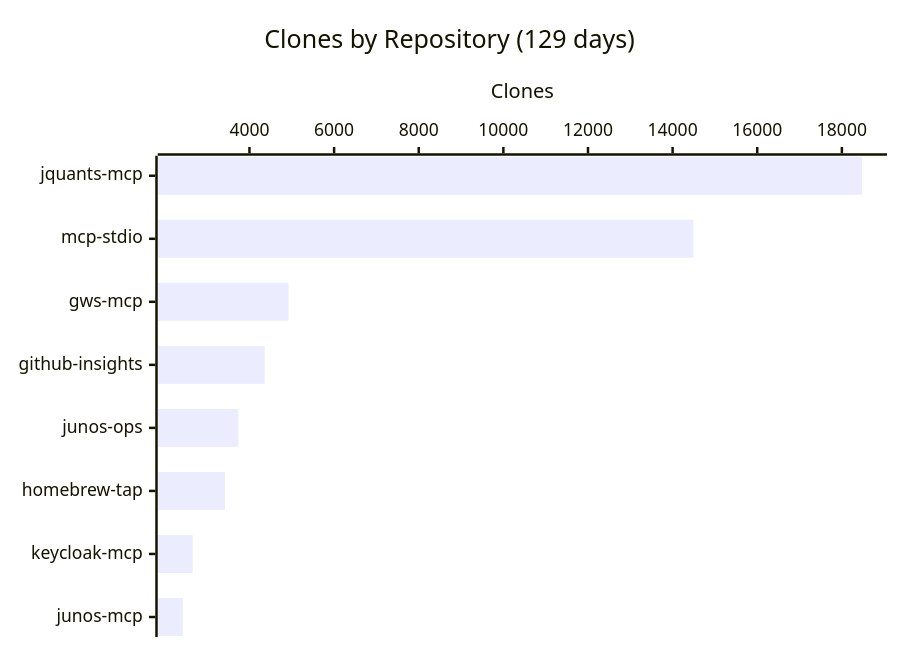
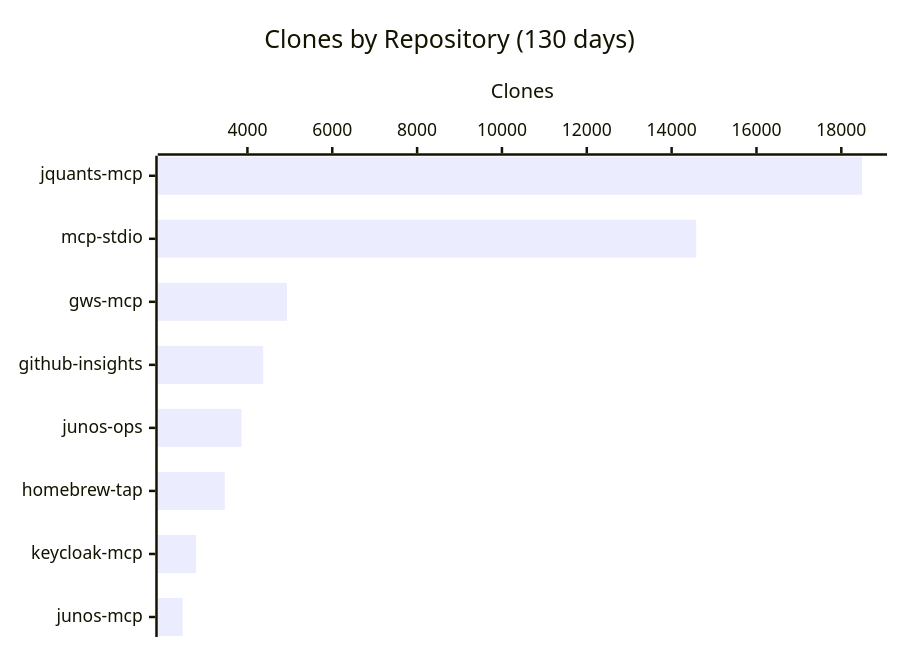
Before and after one commit to shigechika/github-insights: the fourth of 4 diagrams in README.md, drawn with Mermaid. The commit also changed other lines of this file and 2 other files, not shown here.

````diff
--- a/README.md
+++ b/README.md
@@ -58,7 +58,7 @@
 ```mermaid
 xychart-beta horizontal
-    title "Clones by Repository (129 days)"
+    title "Clones by Repository (130 days)"
     x-axis ["jquants-mcp", "mcp-stdio", "gws-mcp", "github-insights", "junos-ops", "homebrew-tap", "keycloak-mcp", "junos-mcp"]
     y-axis "Clones"
-    bar [18475, 14489, 4923, 4359, 3738, 3421, 2657, 2424]
+    bar [18487, 14578, 4934, 4372, 3861, 3466, 2790, 2476]
 ```
````
